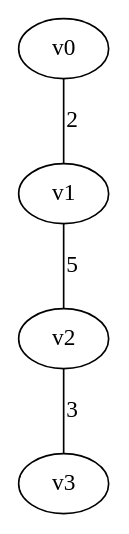
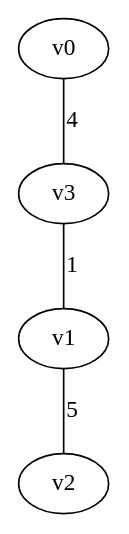
The diagram in outputs/gn4_dfs_2.dot (japie1235813/Algo_PA3), drawn with Graphviz before and after one commit. The commit also changed 18 other files, not shown here.

```diff
--- a/outputs/gn4_dfs_2.dot
+++ b/outputs/gn4_dfs_2.dot
@@ -1,5 +1,5 @@
 graph gn4_dfs {
-v0 -- v1 [label = "2"];
+v0 -- v3 [label = "4"];
+v3 -- v1 [label = "1"];
 v1 -- v2 [label = "5"];
-v2 -- v3 [label = "3"];
 }
```
